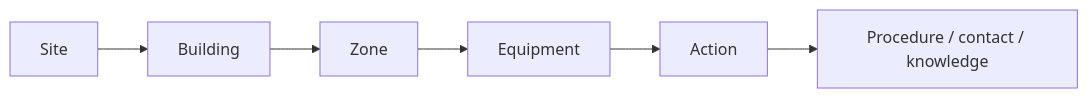
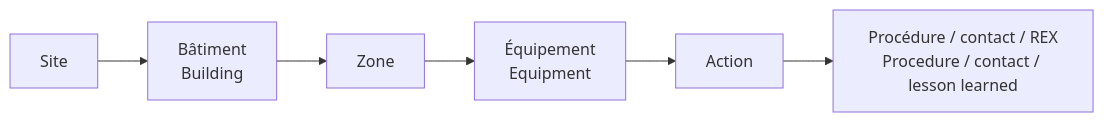
Before and after one commit to jeffersonkuku/jefferson-Mawapanga-Saku: the first of 6 diagrams in projects/building-operations-hub/README.md, drawn with Mermaid. The commit also changed other lines of this file, not shown here.

Commit message:
Rebuild Building Operations case study with bilingual image-by-image explanations

````diff
--- a/projects/building-operations-hub/README.md
+++ b/projects/building-operations-hub/README.md
@@ -17,8 +19,8 @@
 ```mermaid
 flowchart LR
-    A[Site] --> B[Building]
+    A[Site] --> B[Bâtiment<br/>Building]
     B --> C[Zone]
-    C --> D[Equipment]
+    C --> D[Équipement<br/>Equipment]
     D --> E[Action]
-    E --> F[Procedure / contact / knowledge]
+    E --> F[Procédure / contact / REX<br/>Procedure / contact / lesson learned]
 ```
````
